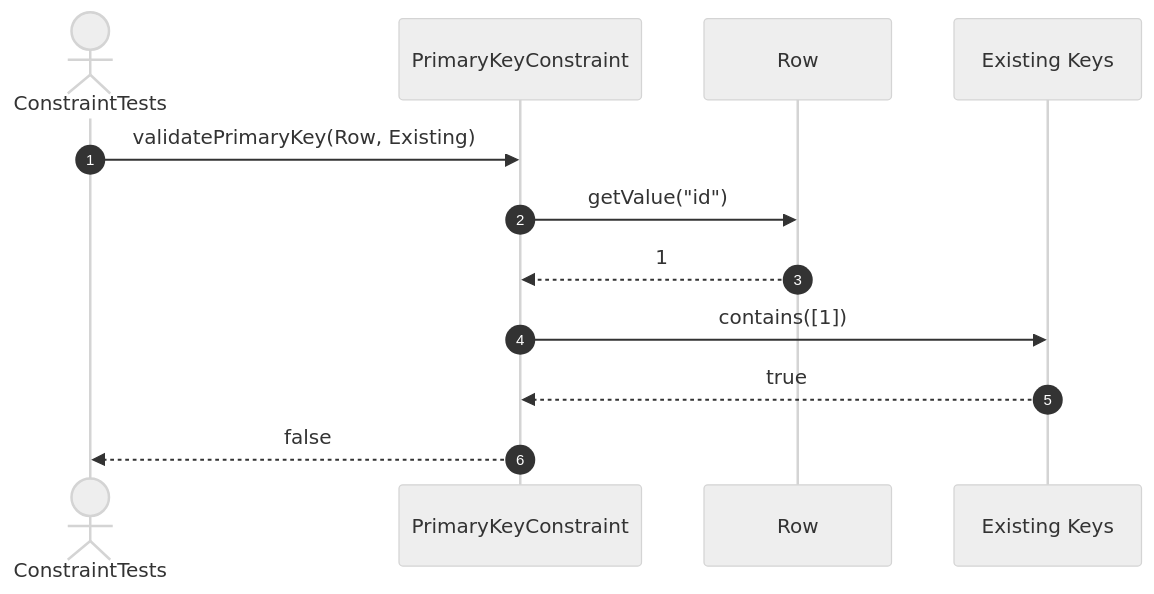
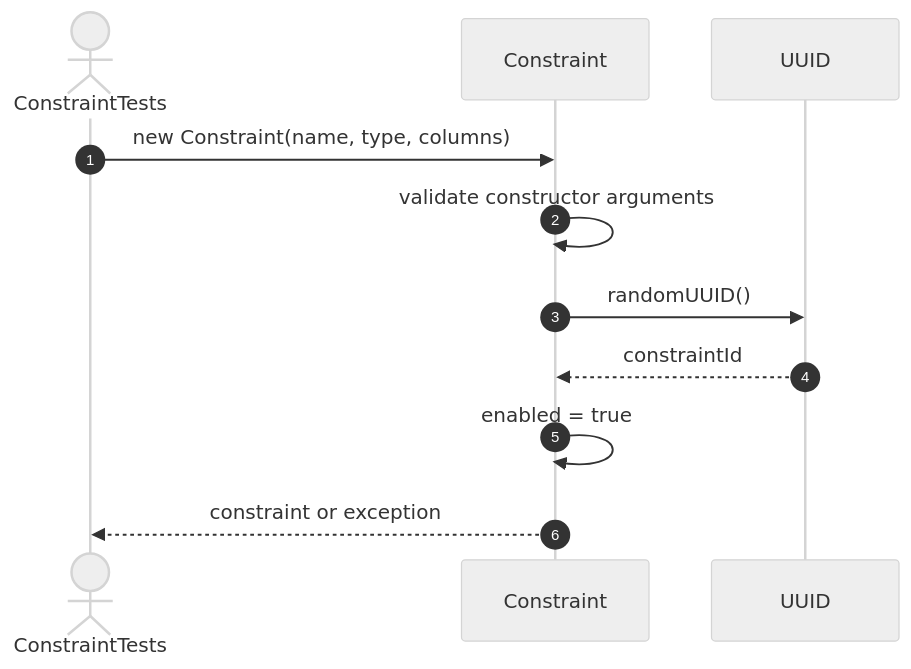
Before and after one commit to FhuAnn/-bbv-AN-s-DBMS: the eighth of 54 diagrams in src/tests/unit/metadata/sequences/constraint-testing.se.md, drawn with Mermaid (neutral theme). The commit also changed other lines of this file and 9 other files, not shown here.

Commit message:
table and row run test successfully, remaining constraint object

````diff
--- a/src/tests/unit/metadata/sequences/constraint-testing.se.md
+++ b/src/tests/unit/metadata/sequences/constraint-testing.se.md
@@ -109,15 +120,14 @@
 ```mermaid
 sequenceDiagram
     autonumber
     actor Test as ConstraintTests
-    participant PK as PrimaryKeyConstraint
-    participant Row as Row
-    participant Existing as Existing Keys
+    participant Constraint as Constraint
+    participant UUID as UUID
 
-    Test->>PK: validatePrimaryKey(Row, Existing)
-    PK->>Row: getValue("id")
-    Row-->>PK: 1
-    PK->>Existing: contains([1])
-    Existing-->>PK: true
-    PK-->>Test: false
+    Test->>Constraint: new Constraint(name, type, columns)
+    Constraint->>Constraint: validate constructor arguments
+    Constraint->>UUID: randomUUID()
+    UUID-->>Constraint: constraintId
+    Constraint->>Constraint: enabled = true
+    Constraint-->>Test: constraint or exception
 ```
````
